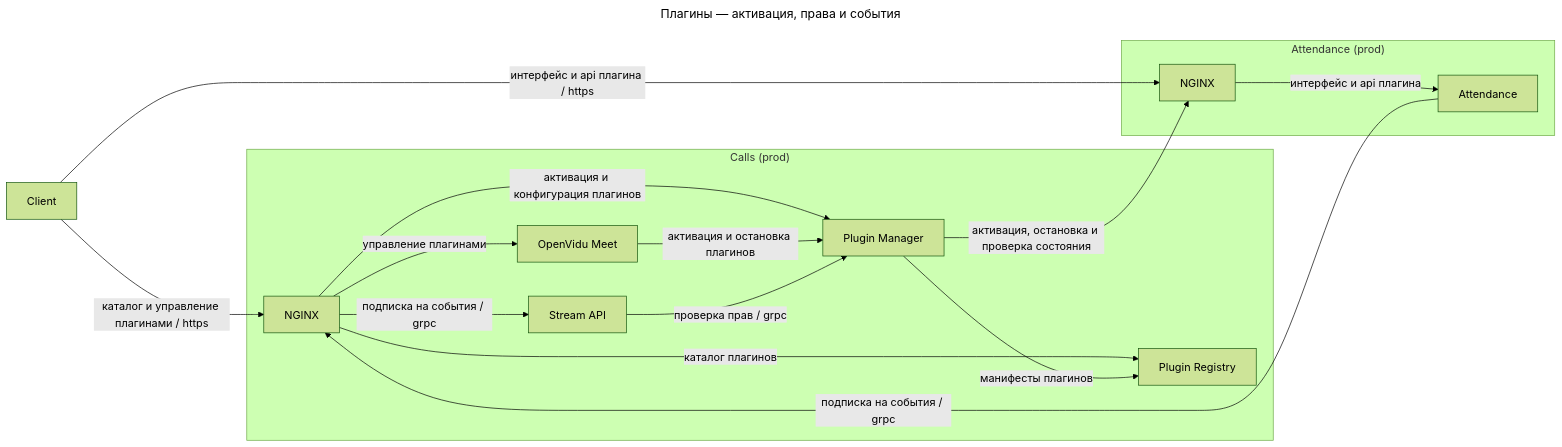
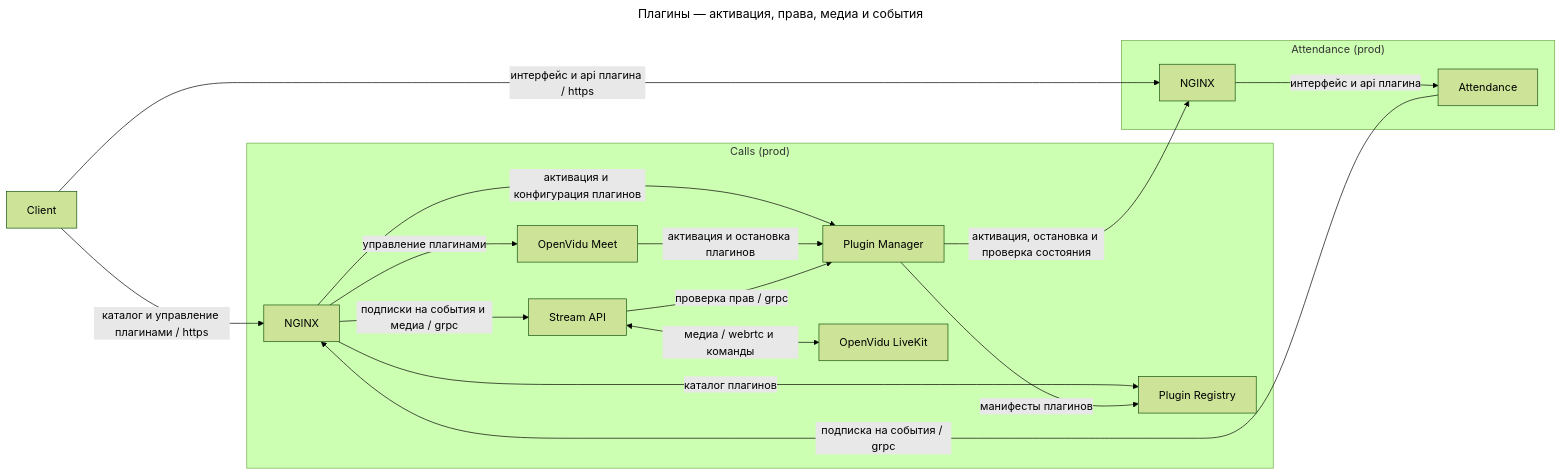
One commit to dwspurpleteam/deployer changed the second of 3 diagrams in README.md. Above: the diagram before and after it, drawn with Mermaid (forest theme).

Commit message:
Show plugin media and commands

````diff
--- a/README.md
+++ b/README.md
@@ -31,25 +31,26 @@
 ```mermaid
 ---
-title: Плагины — активация, права и события
+title: Плагины — активация, права, медиа и события
 ---
 flowchart LR
   browser[Client] -->|каталог и управление плагинами / https| proxy
   browser -->|интерфейс и api плагина / https| attendance_nginx
 
   subgraph calls_plugins["Calls (prod)"]
     proxy[NGINX] -->|активация и конфигурация плагинов| manager[Plugin Manager]
-    proxy -->|подписка на события / grpc| streamapi
+    proxy -->|подписки на события и медиа / grpc| streamapi
     proxy -->|каталог плагинов| registry[Plugin Registry]
     proxy -->|управление плагинами| meet[OpenVidu Meet]
     meet -->|активация и остановка плагинов| manager
     streamapi[Stream API] -->|проверка прав / grpc| manager
+    streamapi <-->|медиа / webrtc и команды| openvidu[OpenVidu LiveKit]
     manager -->|манифесты плагинов| registry
   end
 
   subgraph attendance_prod["Attendance (prod)"]
     attendance_nginx[NGINX] -->|интерфейс и api плагина| attendance[Attendance]
   end
 
   manager -->|активация, остановка и проверка состояния| attendance_nginx
   attendance -->|подписка на события / grpc| proxy
 ```
````
